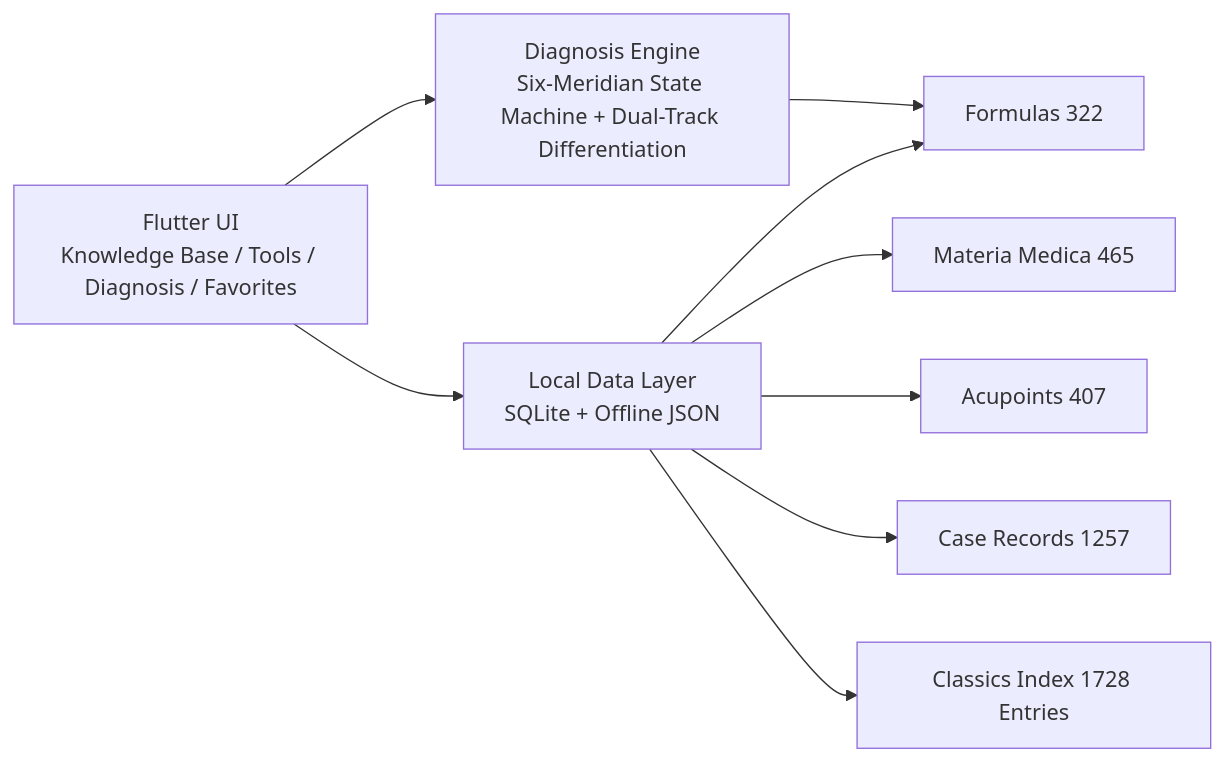
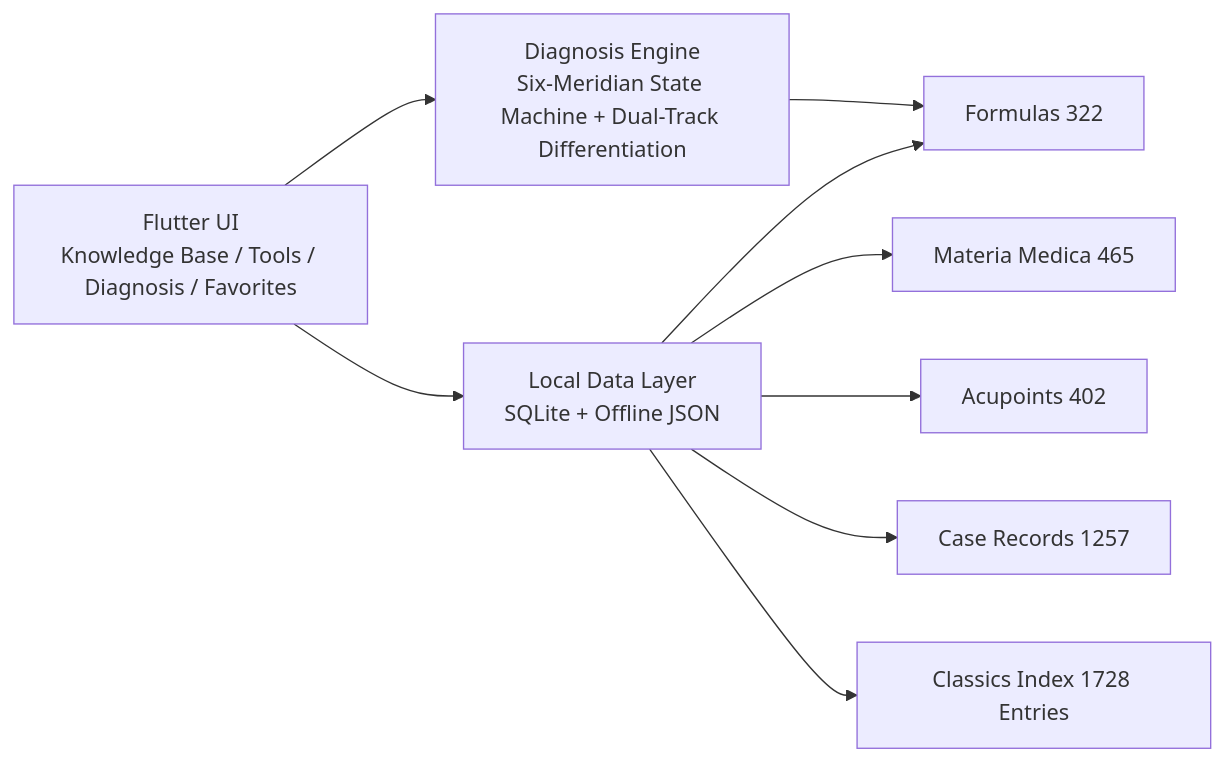
The diagram in README.en.md (jangviktor-web/nihaixia-app), drawn with Mermaid before and after one commit. The commit also changed other lines of this file and 10 other files, not shown here.

````diff
--- a/README.en.md
+++ b/README.en.md
@@ -639,11 +639,11 @@
 ```mermaid
 flowchart LR
   UI["Flutter UI<br/>Knowledge Base / Tools / Diagnosis / Favorites"] --> ENG["Diagnosis Engine<br/>Six-Meridian State Machine + Dual-Track Differentiation"]
   UI --> DATA["Local Data Layer<br/>SQLite + Offline JSON"]
   DATA --> F["Formulas 322"]
   DATA --> H["Materia Medica 465"]
-  DATA --> A["Acupoints 407"]
+  DATA --> A["Acupoints 402"]
   DATA --> M["Case Records 1257"]
   DATA --> C["Classics Index 1728 Entries"]
   ENG --> F
 ```
````
